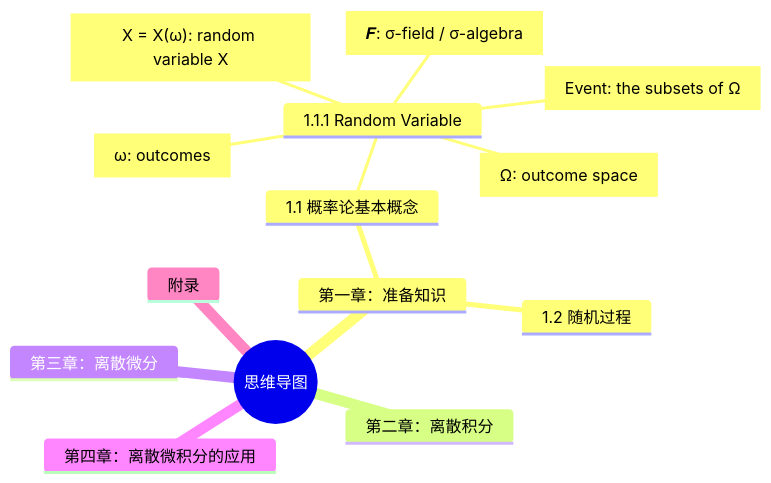
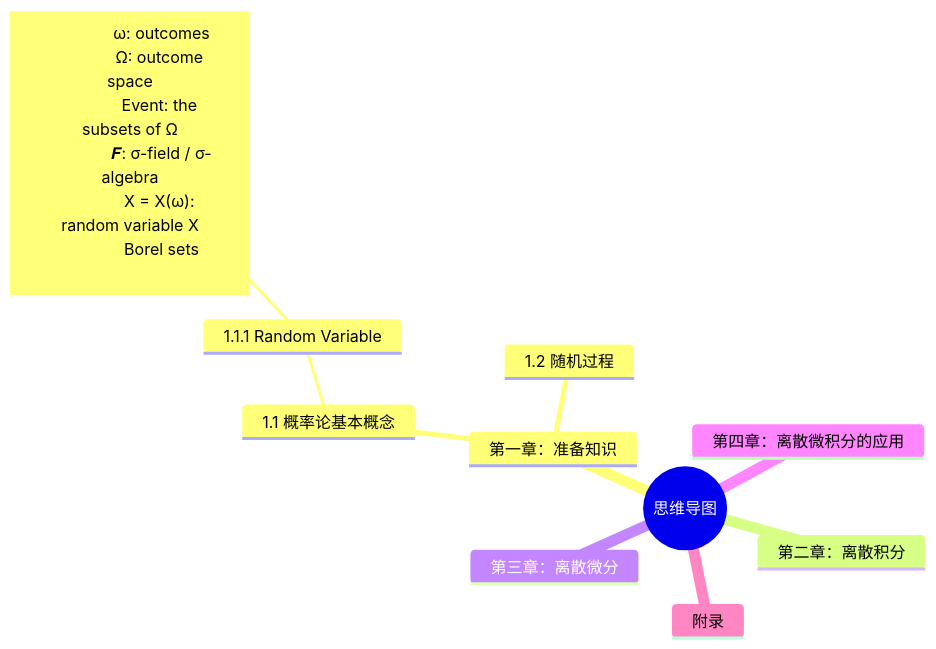
One commit to damonYuan/gitbook changed the diagram in math/230715-stochastic-calculus.md. Above: the diagram before and after it, drawn with Mermaid.

````diff
--- a/math/230715-stochastic-calculus.md
+++ b/math/230715-stochastic-calculus.md
@@ -11,18 +11,21 @@
 ```mermaid
 mindmap
   root((思维导图))
     第一章：准备知识 
       1.1 概率论基本概念
         1.1.1 Random Variable
-            id1111["`ω: outcomes`"]
-            id1112["`Ω: outcome space`"]
-            id1113["`Event: the subsets of Ω`"]
-            id1114["`𝑭: σ-field / σ-algebra`"]
-            id1115["`X = X(ω): random variable X`"]
+            id111["`
+              ω: outcomes
+              Ω: outcome space
+              Event: the subsets of Ω
+              𝑭: σ-field / σ-algebra
+              X = X(ω): random variable X
+              Borel sets
+            `"]
       1.2 随机过程
     第二章：离散积分
     第三章：离散微分
     第四章：离散微积分的应用
     附录
  
 ```
````
